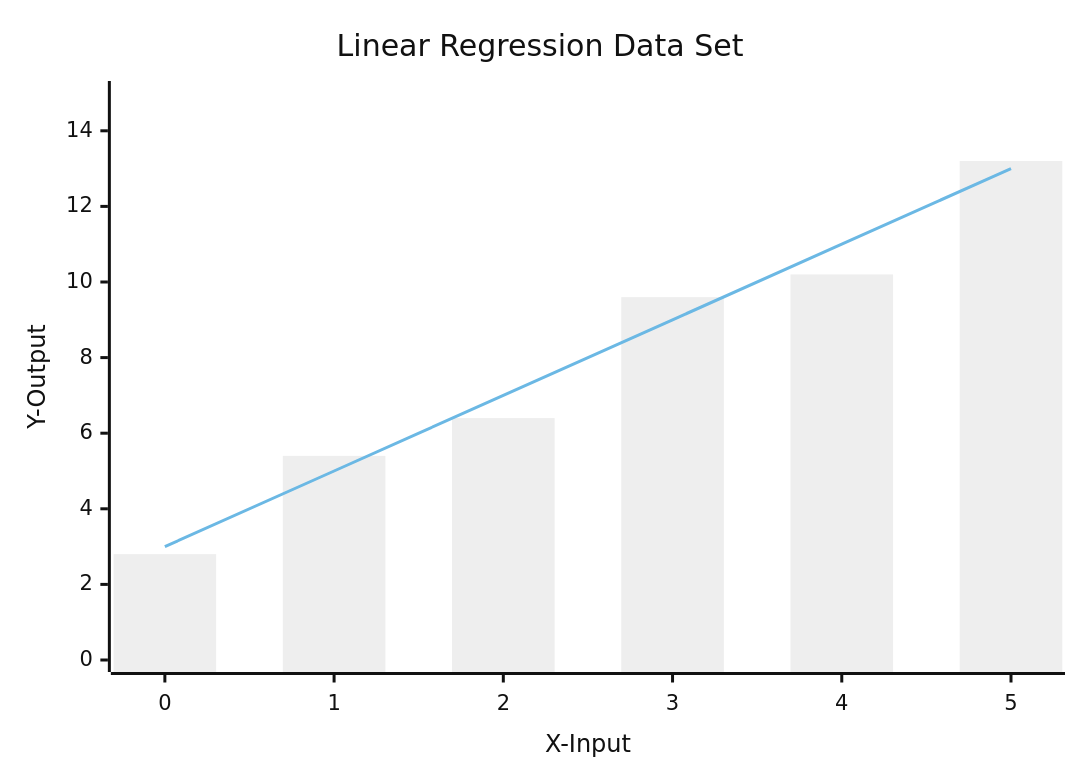
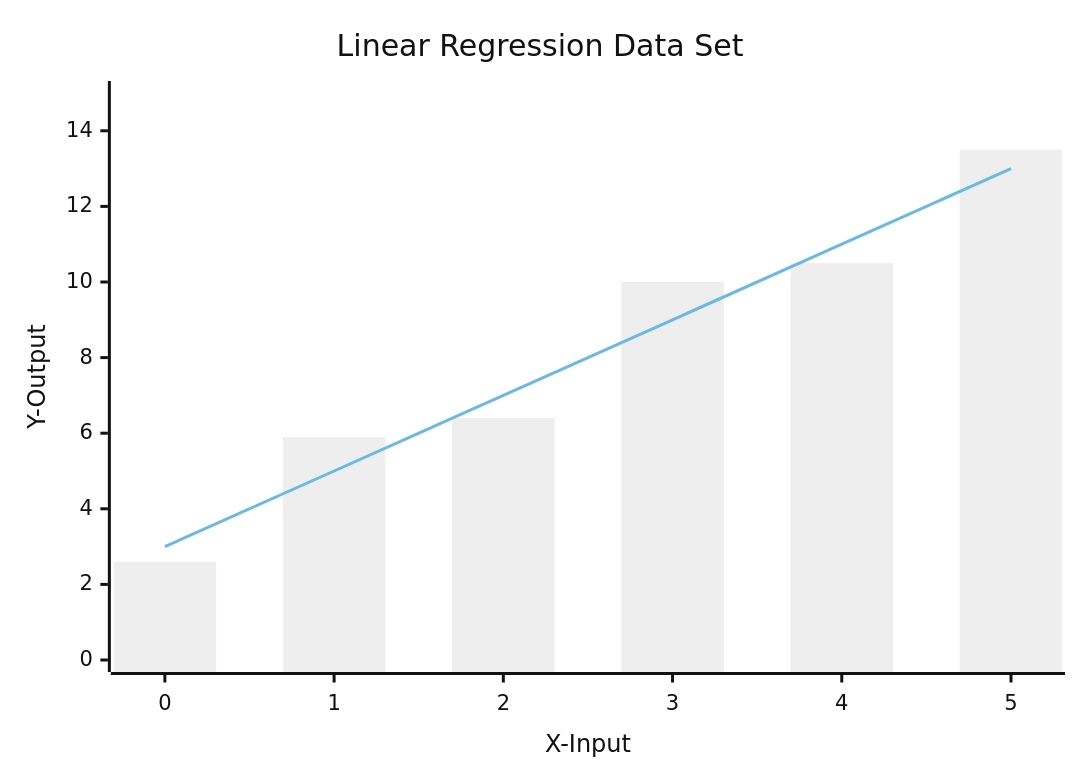
One commit to Palash90/build-your-own-nn changed the second of 2 diagrams in README.md. Above: the diagram before and after it, drawn with Mermaid (neutral theme).

````diff
--- a/README.md
+++ b/README.md
@@ -1364,8 +1364,9 @@
 ```mermaid
 xychart-beta
     title "Linear Regression Data Set"
     x-axis "X-Input" [0, 1, 2, 3, 4, 5]
     y-axis "Y-Output" 0 --> 15
-    bar [2.8, 5.4, 6.4, 9.6, 10.2, 13.2]
+    bar [2.6, 5.9, 6.4, 10, 10.5, 13.5]
+    %% Red Line %%
     line [3, 5, 7, 9, 11, 13]
 ```
````
